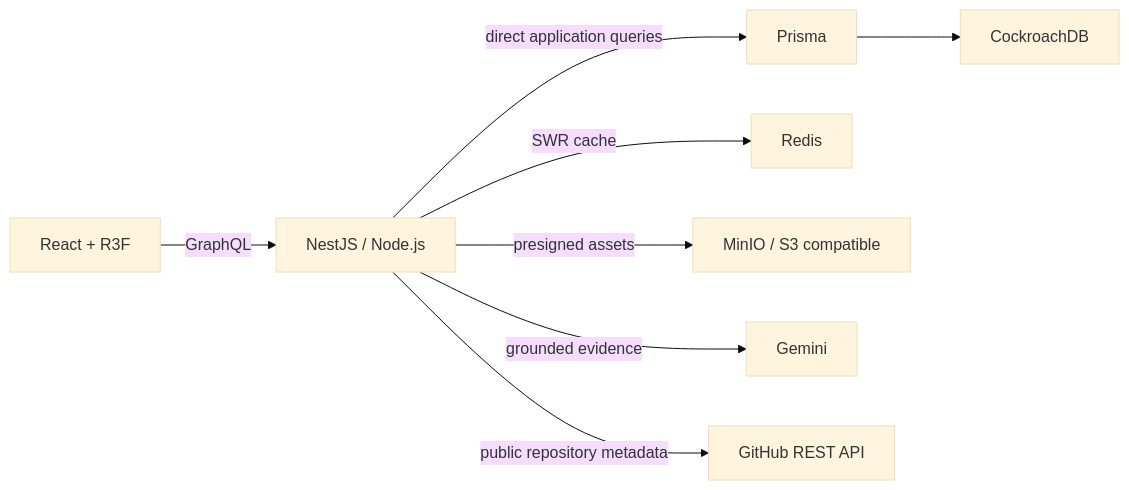
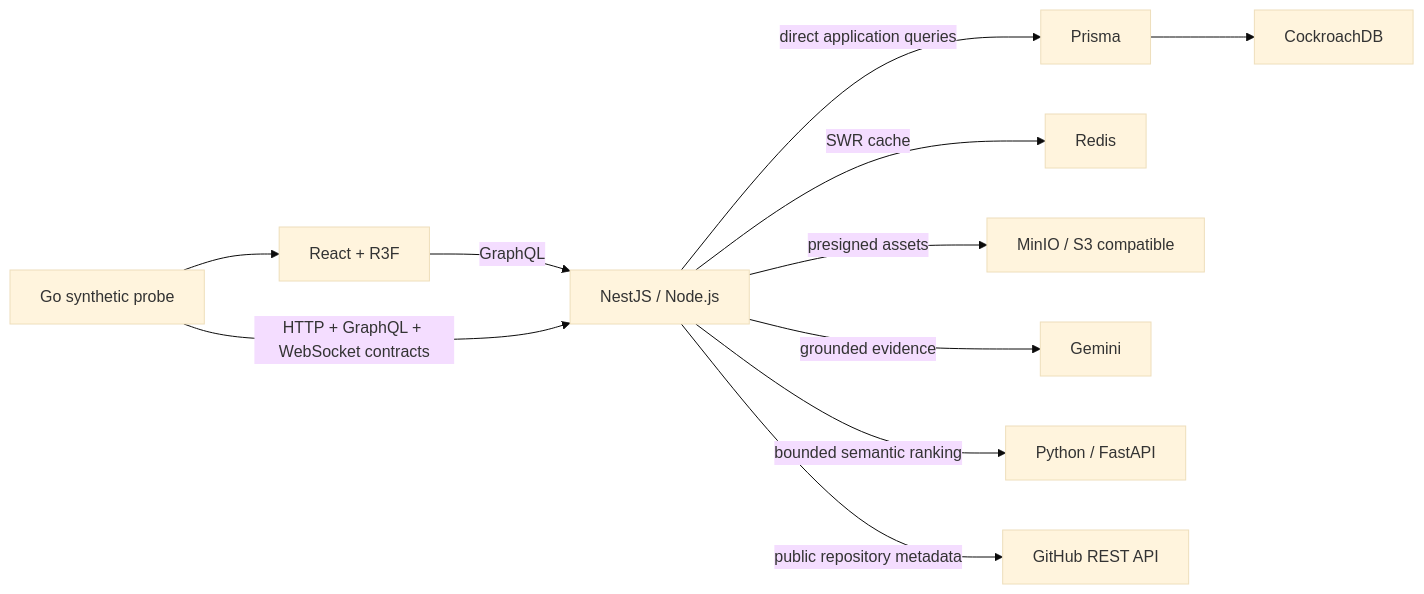
One commit to Sskutushev/sskutushev-site changed the diagram in docs/architecture/overview.md. Above: the diagram before and after it, drawn with Mermaid (base theme). The commit also changed other lines of this file and 5 other files, not shown here.

````diff
--- a/docs/architecture/overview.md
+++ b/docs/architecture/overview.md
@@ -3,10 +3,13 @@
 ```mermaid
 flowchart LR
   Browser[React + R3F] -->|GraphQL| API[NestJS / Node.js]
   API -->|direct application queries| Prisma
   Prisma --> CockroachDB
   API -->|SWR cache| Redis
   API -->|presigned assets| S3[MinIO / S3 compatible]
   API -->|grounded evidence| Gemini
+  API -->|bounded semantic ranking| Semantic[Python / FastAPI]
   API -->|public repository metadata| GitHub[GitHub REST API]
+  Probe[Go synthetic probe] -->|HTTP + GraphQL + WebSocket contracts| API
+  Probe --> Browser
 ```
````
